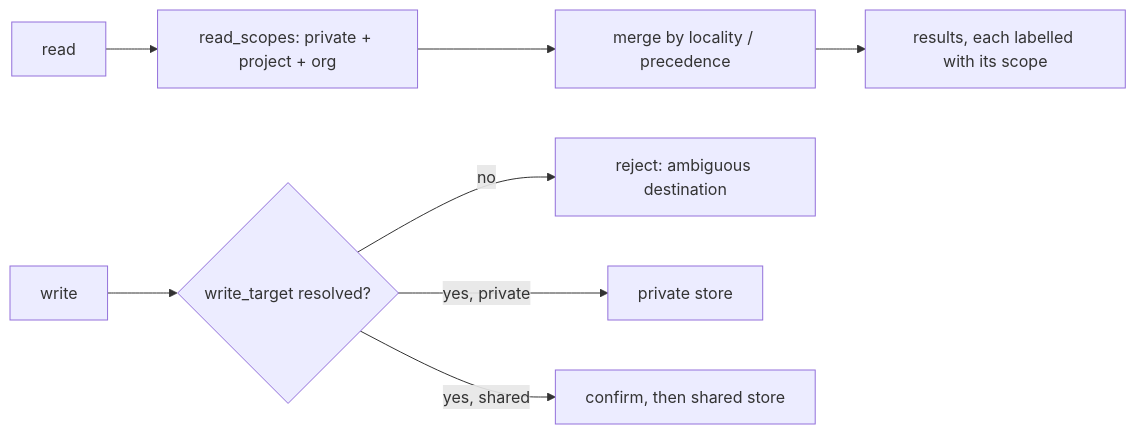
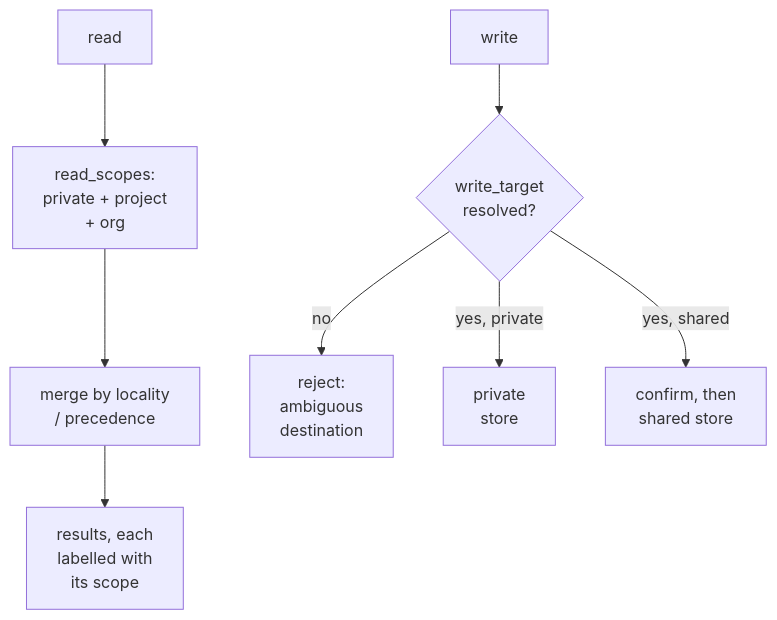
The diagram in content/patterns/explicit-write-destination.md (neoneye/agent-memory-atlas), drawn with Mermaid before and after one commit. The commit also changed 99 other files, not shown here.

First line of the commit message:
Reshape the remaining 49 diagrams so their labels are legible

````diff
--- a/content/patterns/explicit-write-destination.md
+++ b/content/patterns/explicit-write-destination.md
@@ -30,10 +30,10 @@
 ```mermaid
-flowchart LR
-    Q["read"] --> RS["read_scopes: private + project + org"]
-    RS --> Merge["merge by locality / precedence"]
-    Merge --> Out["results, each labelled with its scope"]
-    W["write"] --> T{"write_target resolved?"}
-    T -- "no" --> Rej["reject: ambiguous destination"]
-    T -- "yes, private" --> P["private store"]
-    T -- "yes, shared" --> Conf["confirm, then shared store"]
+flowchart TD
+    Q["read"] --> RS["read_scopes:<br/>private + project<br/>+ org"]
+    RS --> Merge["merge by locality<br/>/ precedence"]
+    Merge --> Out["results, each<br/>labelled with<br/>its scope"]
+    W["write"] --> T{"write_target<br/>resolved?"}
+    T -- "no" --> Rej["reject:<br/>ambiguous<br/>destination"]
+    T -- "yes, private" --> P["private<br/>store"]
+    T -- "yes, shared" --> Conf["confirm, then<br/>shared store"]
 ```
````
